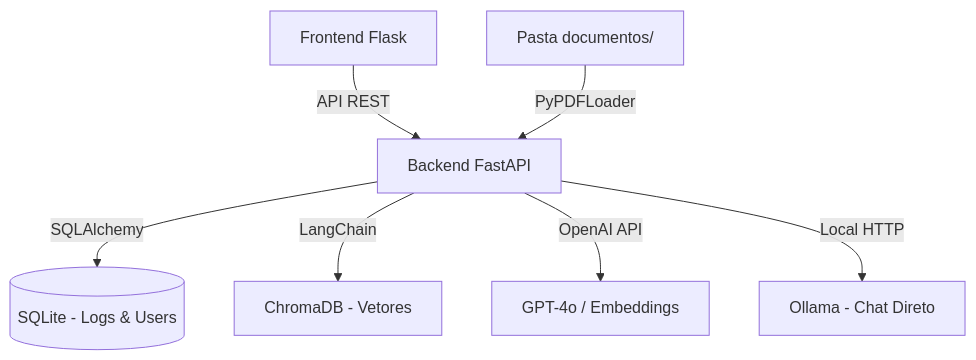
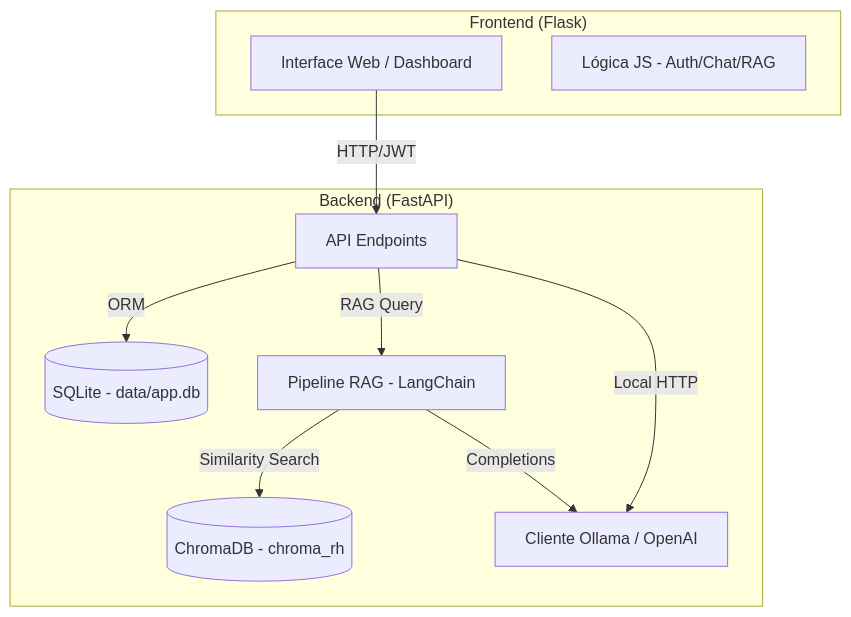
Before and after one commit to armandossrecife/myapi2ai: the diagram in projeto.md, drawn with Mermaid. The commit also changed other lines of this file and 19 other files, not shown here.

Commit message:
Integraçao do frontend para testes end-to-end da api do backend

````diff
--- a/projeto.md
+++ b/projeto.md
@@ -23,9 +35,22 @@
 ```mermaid
 graph TD
-    A[Frontend Flask] -->|API REST| B[Backend FastAPI]
-    B -->|SQLAlchemy| C[(SQLite - Logs & Users)]
-    B -->|LangChain| D[ChromaDB - Vetores]
-    B -->|OpenAI API| E[GPT-4o / Embeddings]
-    B -->|Local HTTP| F[Ollama - Chat Direto]
-    G[Pasta documentos/] -->|PyPDFLoader| B
+    subgraph "Frontend (Flask)"
+        UI[Interface Web / Dashboard]
+        JS[Lógica JS - Auth/Chat/RAG]
+    end
+
+    subgraph "Backend (FastAPI)"
+        API[API Endpoints]
+        RAG[Pipeline RAG - LangChain]
+        LLM[Cliente Ollama / OpenAI]
+        DB[(SQLite - data/app.db)]
+        VDB[(ChromaDB - chroma_rh)]
+    end
+
+    UI -->|HTTP/JWT| API
+    API -->|ORM| DB
+    API -->|RAG Query| RAG
+    RAG -->|Similarity Search| VDB
+    RAG -->|Completions| LLM
+    API -->|Local HTTP| LLM
 ```
````
